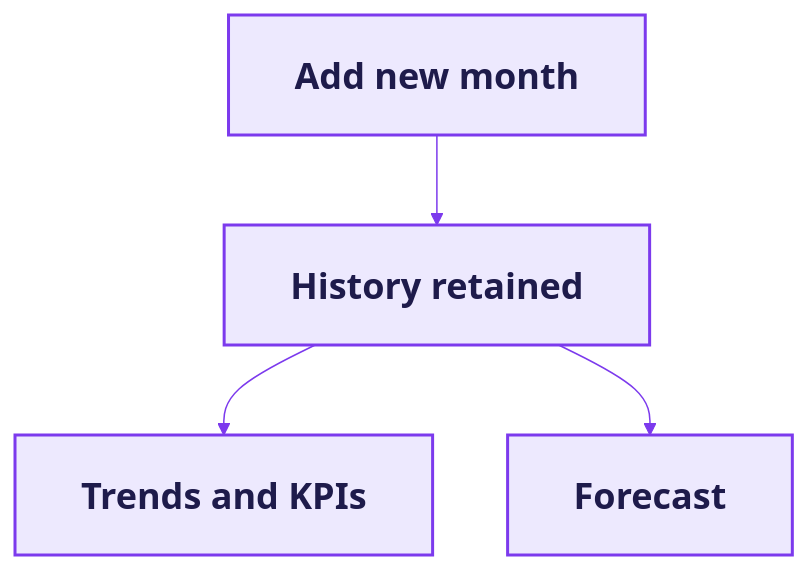
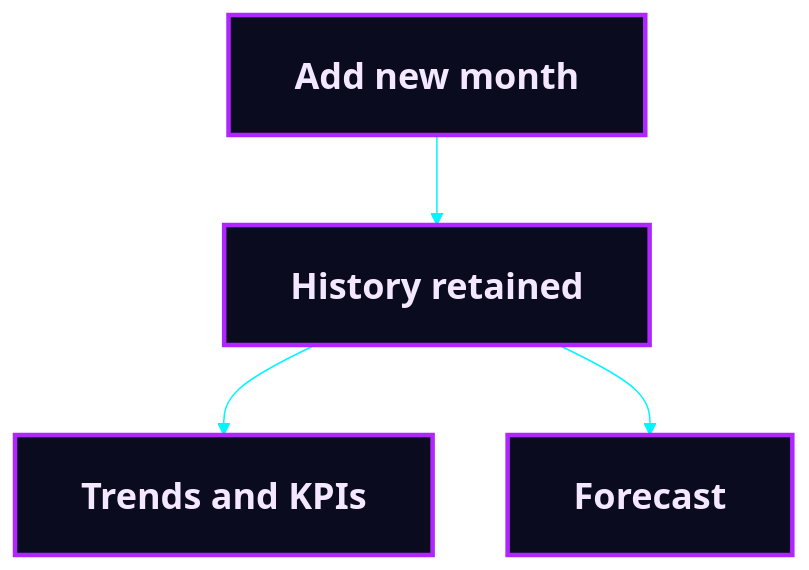
The sixth of 13 diagrams in README.md (Mansi232323/MANSHORA), drawn with Mermaid before and after one commit. The commit also changed other lines of this file, not shown here.

````diff
--- a/README.md
+++ b/README.md
@@ -230,9 +230,9 @@
 ```mermaid
-%%{init: {'theme':'base','themeVariables':{'fontSize':'24px','lineColor':'#7c3aed'},'flowchart':{'nodeSpacing':50,'rankSpacing':60,'padding':22,'htmlLabels':true}}}%%
+%%{init: {'theme':'base','themeVariables':{'fontSize':'24px','lineColor':'#00f5ff','clusterBkg':'#0b0b1f','clusterBorder':'#ff00e5','titleColor':'#ff00e5','edgeLabelBackground':'#0b0b1f'},'flowchart':{'nodeSpacing':50,'rankSpacing':60,'padding':22,'htmlLabels':true}}}%%
 flowchart TB
     M["<b>Add new month</b>"] --> H["<b>History retained</b>"]
     H --> T["<b>Trends and KPIs</b>"]
     H --> F["<b>Forecast</b>"]
-    classDef a fill:#ede9fe,stroke:#7c3aed,stroke-width:2px,color:#1e1b4b
+    classDef a fill:#0b0b1f,stroke:#b026ff,stroke-width:3px,color:#f3e8ff
     class M,H,T,F a
 ```
````
